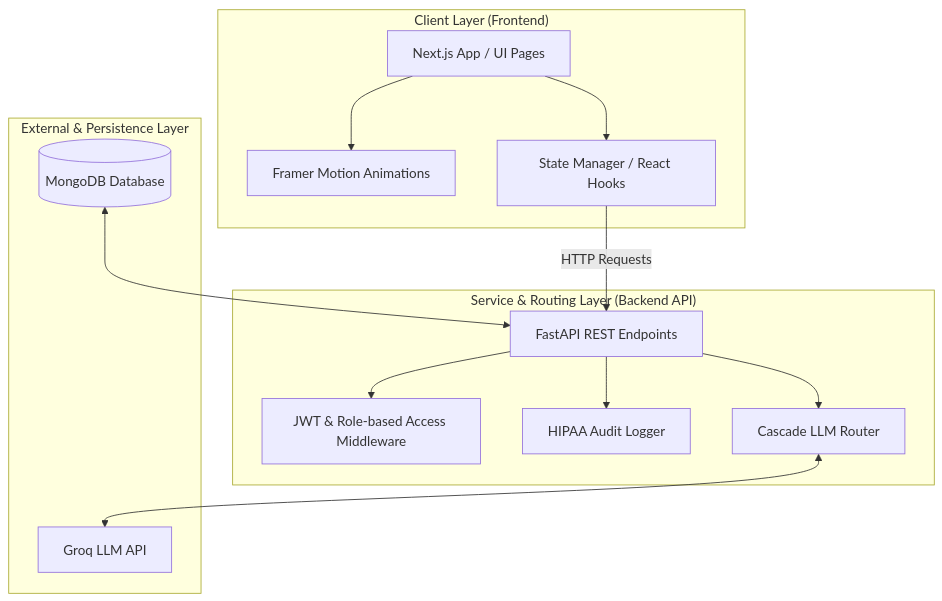
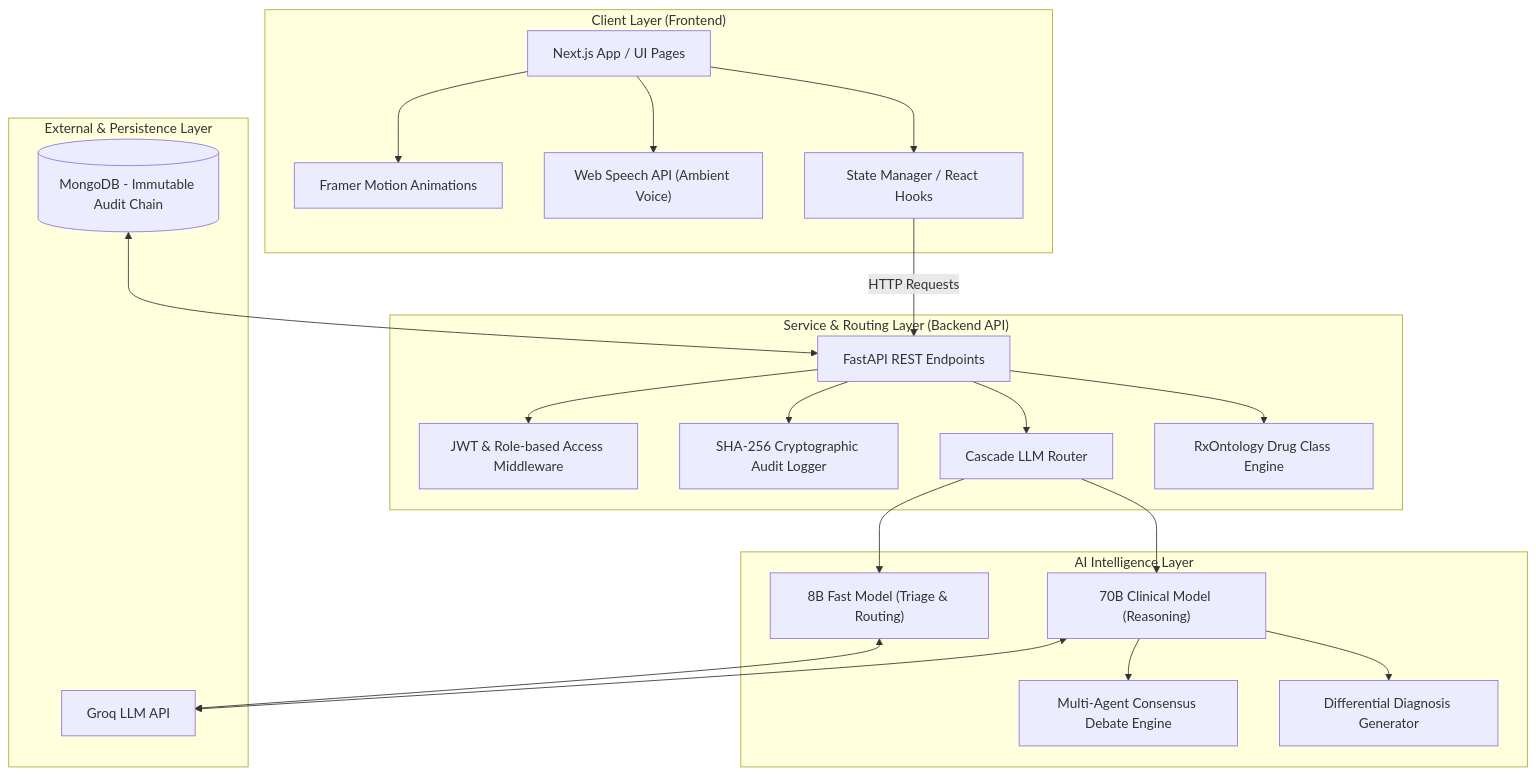
One commit to DubbakaMrudhula/CareThread changed the first of 2 diagrams in README.md. Above: the diagram before and after it, drawn with Mermaid. The commit also changed other lines of this file and 2 other files, not shown here.

````diff
--- a/README.md
+++ b/README.md
@@ -26,20 +60,30 @@
 ```mermaid
 graph TD
     subgraph "Client Layer (Frontend)"
-        A[Next.js App / UI Pages] --> B[Framer Motion Animations]
-        A --> C[State Manager / React Hooks]
+        A["Next.js App / UI Pages"] --> B["Framer Motion Animations"]
+        A --> C["Web Speech API (Ambient Voice)"]
+        A --> D["State Manager / React Hooks"]
     end
 
     subgraph "Service & Routing Layer (Backend API)"
-        D[FastAPI REST Endpoints] --> E[JWT & Role-based Access Middleware]
-        D --> F[HIPAA Audit Logger]
-        D --> G[Cascade LLM Router]
+        E["FastAPI REST Endpoints"] --> F["JWT & Role-based Access Middleware"]
+        E --> G["SHA-256 Cryptographic Audit Logger"]
+        E --> H["Cascade LLM Router"]
+        E --> I["RxOntology Drug Class Engine"]
     end
 
-    subgraph External & Persistence Layer
-        H[(MongoDB Database)] <--> D
-        G <--> I[Groq LLM API]
+    subgraph "AI Intelligence Layer"
+        H --> J["8B Fast Model (Triage & Routing)"]
+        H --> K["70B Clinical Model (Reasoning)"]
+        K --> L["Multi-Agent Consensus Debate Engine"]
+        K --> M["Differential Diagnosis Generator"]
     end
 
-    C -- HTTP Requests --> D
+    subgraph "External & Persistence Layer"
+        N[("MongoDB - Immutable Audit Chain")] <--> E
+        J <--> O["Groq LLM API"]
+        K <--> O
+    end
+
+    D -- HTTP Requests --> E
 ```
````
